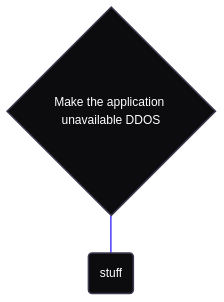
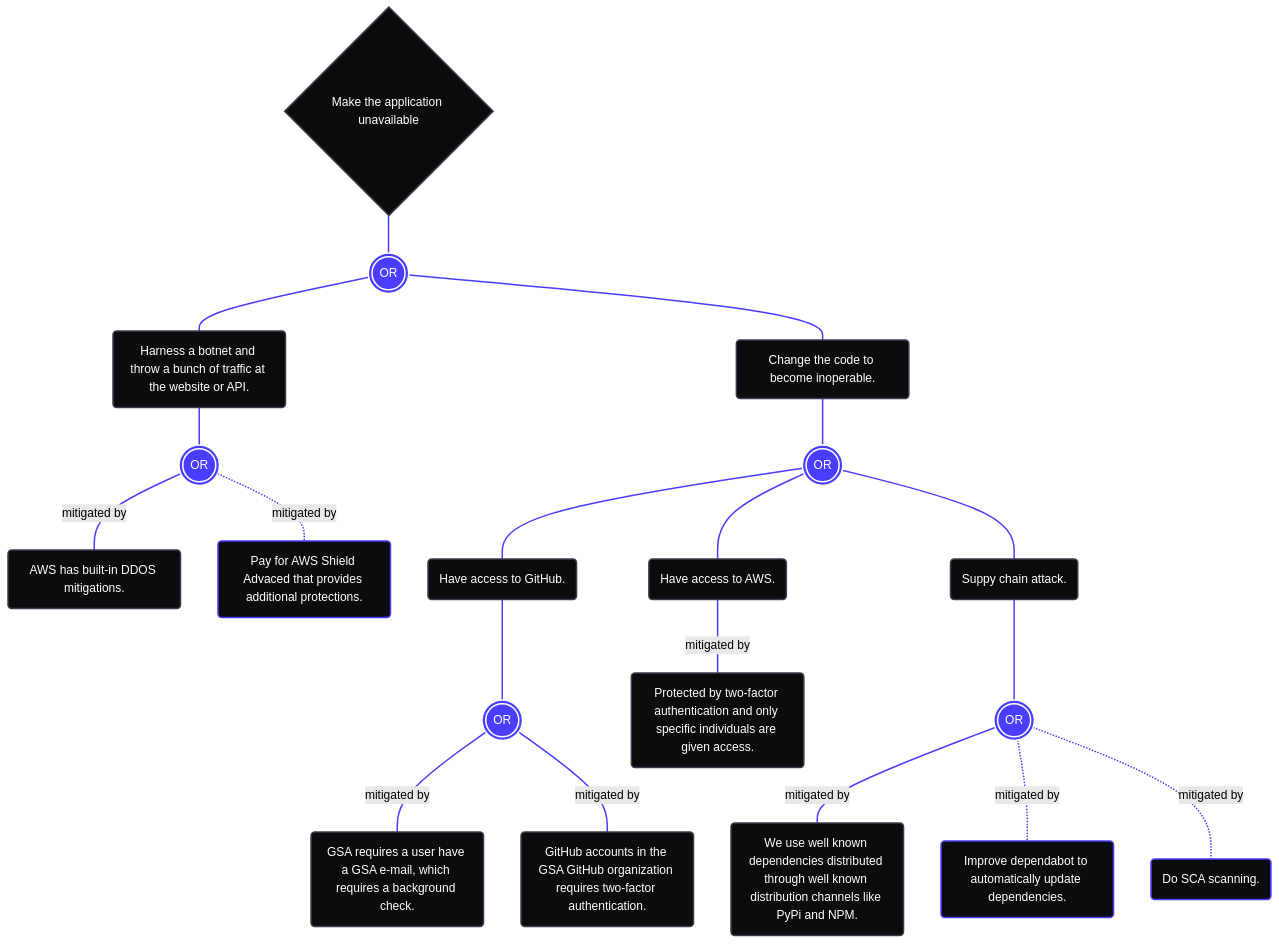
One commit to gsa-tts-archived/document-extractor-poc changed the first of 4 diagrams in docs/THREAT_MODEL.md. Above: the diagram before and after it, drawn with Mermaid (forest theme). The commit also changed other lines of this file and 1 other file, not shown here.

Commit message:
Finish up the make application unavailable threat

````diff
--- a/docs/THREAT_MODEL.md
+++ b/docs/THREAT_MODEL.md
@@ -40,11 +52,36 @@
 ```mermaid
 flowchart TD
-  A0{Make the application unavailable DDOS}:::objective
-    A0---B1(stuff):::condition
+  A0{Make the application unavailable}:::objective
+    A0---B1(((OR))):::booleanOr
+      B1---C1(Harness a botnet and throw a bunch of traffic at the website or API.):::condition
+        C1---D1(((OR))):::booleanOr
+          D1-- mitigated by ---E1(AWS has built-in DDOS mitigations.):::condition
+          D1-. mitigated by .-E2(Pay for AWS Shield Advaced that provides additional protections.):::condition
+      B1---C2(Change the code to become inoperable.):::condition
+        C2---D2(((OR))):::booleanOr
+          D2---E3(Have access to GitHub.):::condition
+            E3---F1(((OR))):::booleanOr
+              F1-- mitigated by ---G1(GSA requires a user have a GSA e-mail, which requires a background check.):::condition
+              F1-- mitigated by ---G2(GitHub accounts in the GSA GitHub organization requires two-factor authentication.):::condition
+          D2---E4(Have access to AWS.):::condition
+            E4-- mitigated by ---F2(Protected by two-factor authentication and only specific individuals are given access.):::condition
+          D2---E5(Suppy chain attack.):::condition
+            E5---F3(((OR))):::booleanOr
+              F3-- mitigated by ---G3(We use well known dependencies distributed through well known distribution channels like PyPi and NPM.):::condition
+              F3-. mitigated by .-G4(Improve dependabot to automatically update dependencies.):::condition
+              F3-. mitigated by .-G5(Do SCA scanning.):::condition
   classDef objective fill:#0c0b0e,color:#ffffff,stroke:#3e3b4e,stroke-width:2px
   classDef condition fill:#0c0b0e,color:#ffffff,stroke:#3e3b4e,stroke-width:2px
   classDef assumption fill:#0c0b0e,color:#ffffff,stroke:#3e3b4e,stroke-width:2px
   classDef booleanAnd fill:#4a3dff,color:#ffffff,stroke:#ffffff,stroke-width:2px
   classDef booleanOr fill:#4a3dff,color:#ffffff,stroke:#ffffff,stroke-width:2px
-  linkStyle 0 stroke:#4a3dff,stroke-width:2px
+  style E1 stroke:#4a3dff,stroke-width:2px,fill:#0c0b0e,color:#ffffff,stroke:#3e3b4e,stroke-width:2px
+  style E2 stroke:#4a3dff,stroke-width:2px
+  style G1 stroke:#4a3dff,stroke-width:2px,fill:#0c0b0e,color:#ffffff,stroke:#3e3b4e,stroke-width:2px
+  style G2 stroke:#4a3dff,stroke-width:2px,fill:#0c0b0e,color:#ffffff,stroke:#3e3b4e,stroke-width:2px
+  style F2 stroke:#4a3dff,stroke-width:2px,fill:#0c0b0e,color:#ffffff,stroke:#3e3b4e,stroke-width:2px
+  style G3 stroke:#4a3dff,stroke-width:2px,fill:#0c0b0e,color:#ffffff,stroke:#3e3b4e,stroke-width:2px
+  style G4 stroke:#4a3dff,stroke-width:2px
+  style G5 stroke:#4a3dff,stroke-width:2px
+  linkStyle 0,1,2,3,4,5,6,7,8,9,10,11,12,13,14,15,16,17 stroke:#4a3dff,stroke-width:2px
 ```
````
